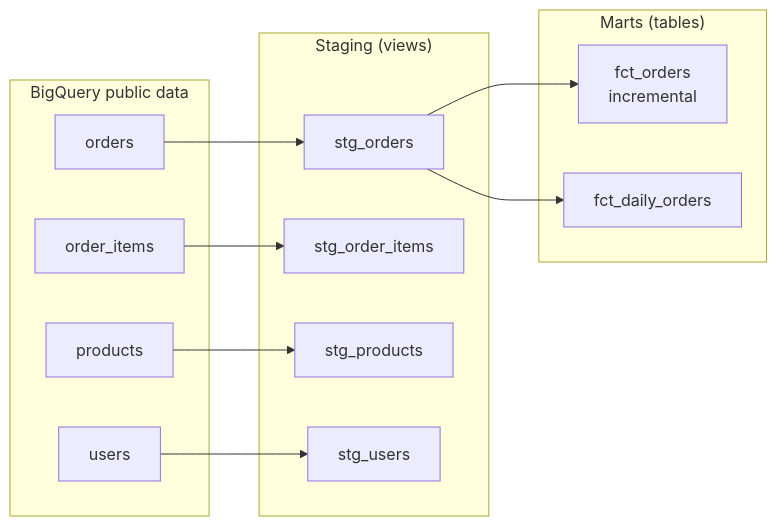
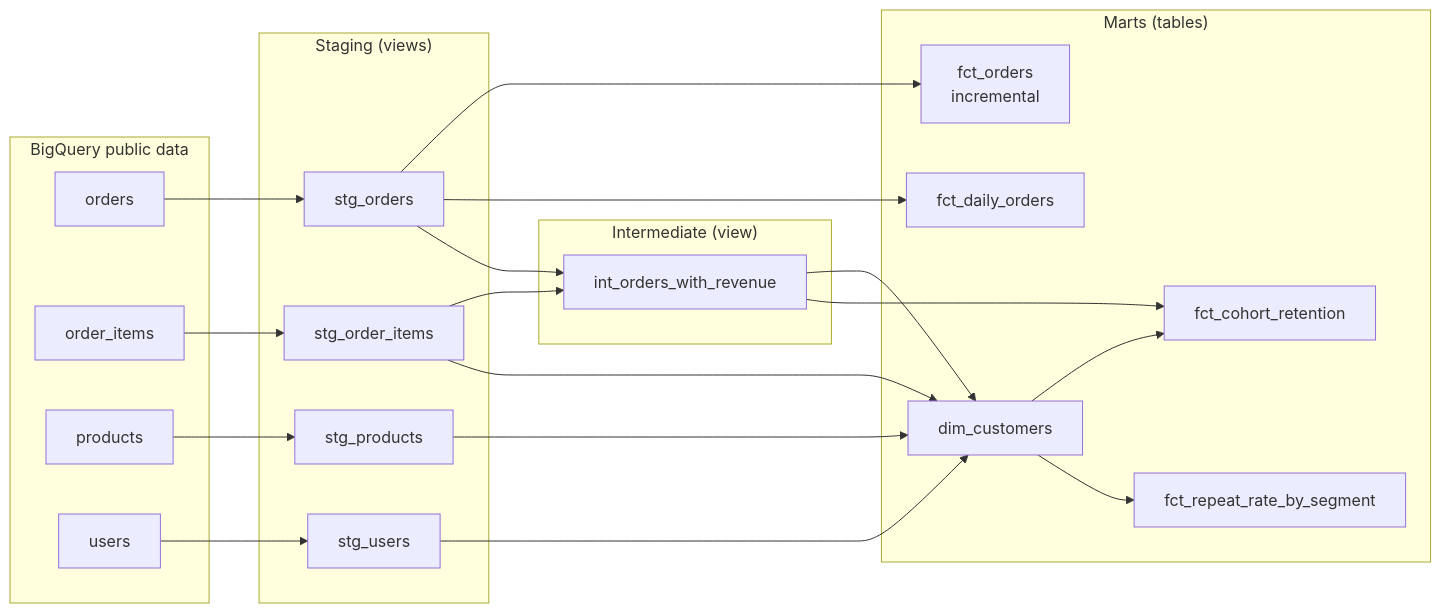
One commit to zjzeller/thelook-analytics-dbt changed the diagram in README.md. Above: the diagram before and after it, drawn with Mermaid. The commit also changed other lines of this file and 13 other files, not shown here.

````diff
--- a/README.md
+++ b/README.md
@@ -16,25 +21,40 @@
 ```mermaid
 flowchart LR
   subgraph Sources["BigQuery public data"]
     s1[orders]
     s2[order_items]
     s3[products]
     s4[users]
   end
   subgraph Staging["Staging (views)"]
     st1[stg_orders]
     st2[stg_order_items]
     st3[stg_products]
     st4[stg_users]
   end
+  subgraph Intermediate["Intermediate (view)"]
+    i1[int_orders_with_revenue]
+  end
   subgraph Marts["Marts (tables)"]
     m1[fct_orders<br/>incremental]
     m2[fct_daily_orders]
+    m3[dim_customers]
+    m4[fct_cohort_retention]
+    m5[fct_repeat_rate_by_segment]
   end
   s1 --> st1
   s2 --> st2
   s3 --> st3
   s4 --> st4
   st1 --> m1
   st1 --> m2
+  st1 --> i1
+  st2 --> i1
+  i1 --> m3
+  st2 --> m3
+  st3 --> m3
+  st4 --> m3
+  m3 --> m4
+  i1 --> m4
+  m3 --> m5
 ```
````
